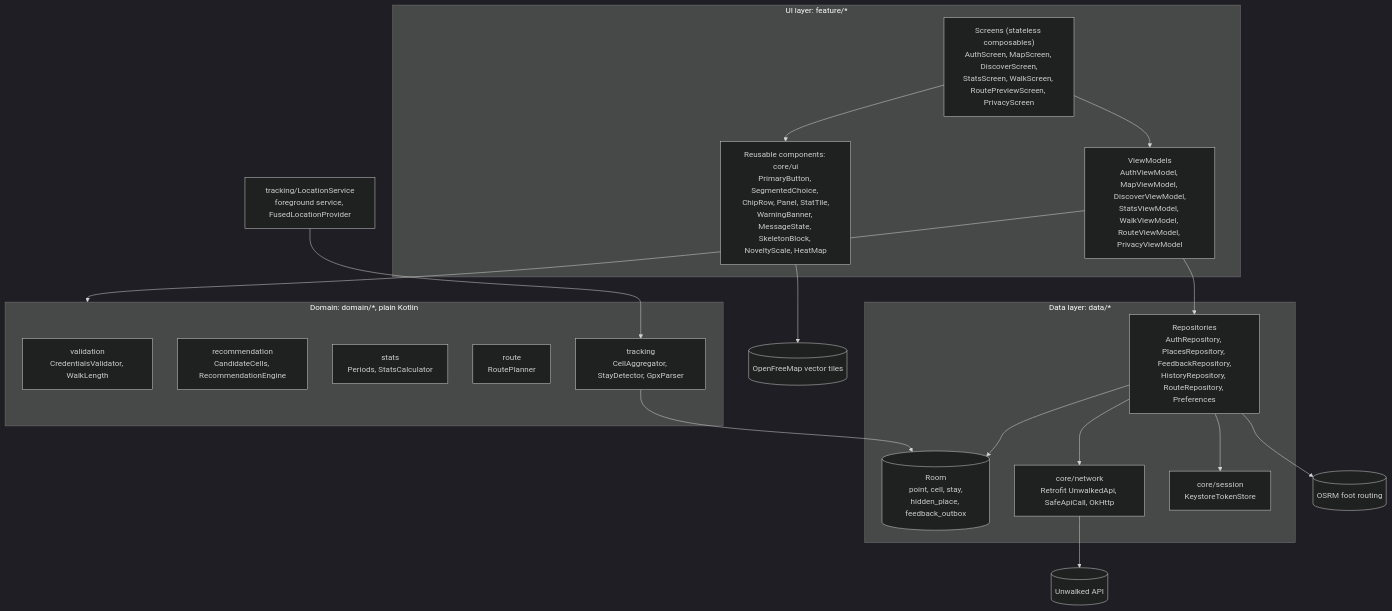
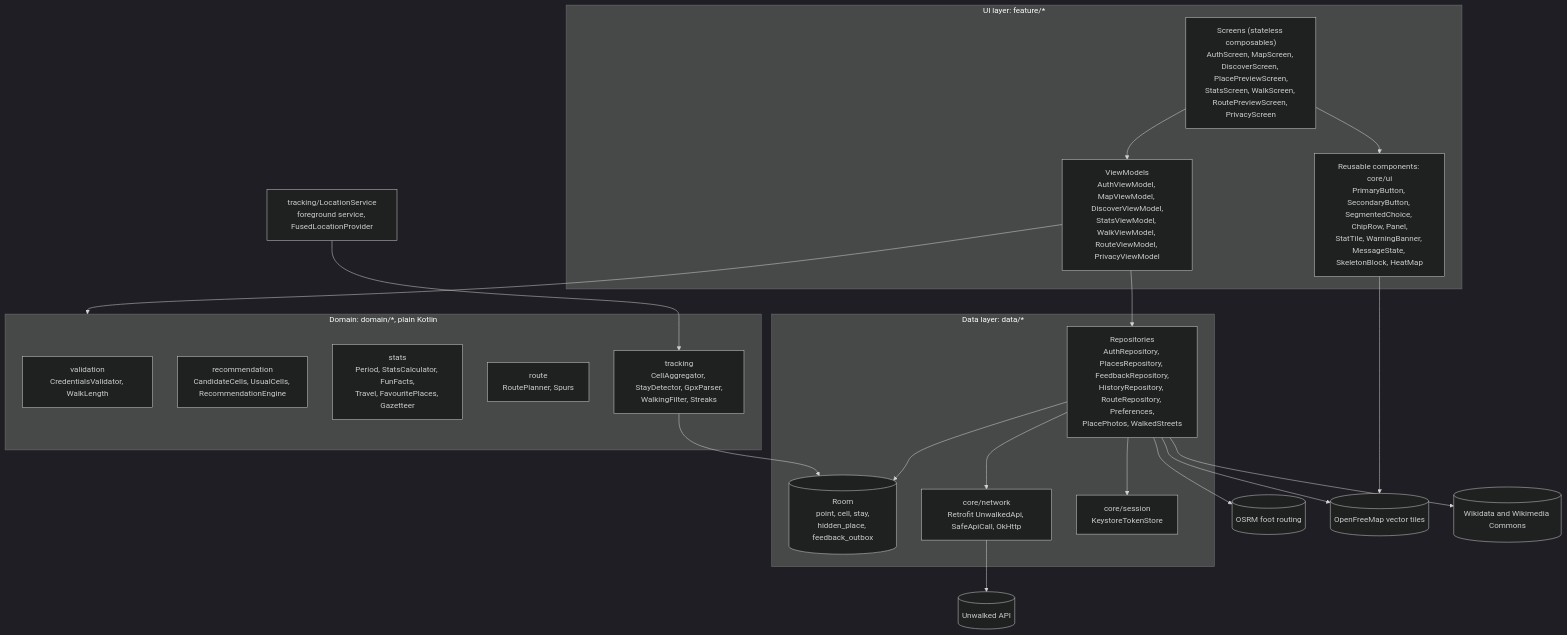
One commit to tuiiis/unwalked-android changed the diagram in docs/architecture.md. Above: the diagram before and after it, drawn with Mermaid (dark theme). The commit also changed other lines of this file and 3 other files, not shown here.

Commit message:
Update docs for place preview, stats and walked streets

````diff
--- a/docs/architecture.md
+++ b/docs/architecture.md
@@ -7,35 +7,38 @@
 ```mermaid
 flowchart TB
     subgraph ui["UI layer: feature/*"]
-        screens["Screens (stateless composables)<br/>AuthScreen, MapScreen, DiscoverScreen,<br/>StatsScreen, WalkScreen, RoutePreviewScreen, PrivacyScreen"]
+        screens["Screens (stateless composables)<br/>AuthScreen, MapScreen, DiscoverScreen, PlacePreviewScreen,<br/>StatsScreen, WalkScreen, RoutePreviewScreen, PrivacyScreen"]
         vms["ViewModels<br/>AuthViewModel, MapViewModel, DiscoverViewModel,<br/>StatsViewModel, WalkViewModel, RouteViewModel, PrivacyViewModel"]
-        components["Reusable components: core/ui<br/>PrimaryButton, SegmentedChoice, ChipRow, Panel, StatTile,<br/>WarningBanner, MessageState, SkeletonBlock, NoveltyScale, HeatMap"]
+        components["Reusable components: core/ui<br/>PrimaryButton, SecondaryButton, SegmentedChoice, ChipRow, Panel,<br/>StatTile, WarningBanner, MessageState, SkeletonBlock, HeatMap"]
     end
     subgraph domain["Domain: domain/*, plain Kotlin"]
         validation["validation<br/>CredentialsValidator, WalkLength"]
-        rec["recommendation<br/>CandidateCells, RecommendationEngine"]
-        stats["stats<br/>Periods, StatsCalculator"]
-        route["route<br/>RoutePlanner"]
-        tracking["tracking<br/>CellAggregator, StayDetector, GpxParser"]
+        rec["recommendation<br/>CandidateCells, UsualCells, RecommendationEngine"]
+        stats["stats<br/>Period, StatsCalculator, FunFacts,<br/>Travel, FavouritePlaces, Gazetteer"]
+        route["route<br/>RoutePlanner, Spurs"]
+        tracking["tracking<br/>CellAggregator, StayDetector, GpxParser,<br/>WalkingFilter, Streaks"]
     end
     subgraph data["Data layer: data/*"]
-        repos["Repositories<br/>AuthRepository, PlacesRepository, FeedbackRepository,<br/>HistoryRepository, RouteRepository, Preferences"]
+        repos["Repositories<br/>AuthRepository, PlacesRepository, FeedbackRepository,<br/>HistoryRepository, RouteRepository, Preferences,<br/>PlacePhotos, WalkedStreets"]
         room[("Room<br/>point, cell, stay,<br/>hidden_place, feedback_outbox")]
         net["core/network<br/>Retrofit UnwalkedApi, SafeApiCall, OkHttp"]
         session["core/session<br/>KeystoreTokenStore"]
     end
     service["tracking/LocationService<br/>foreground service, FusedLocationProvider"]
     api[("Unwalked API")]
     osrm[("OSRM foot routing")]
     tiles[("OpenFreeMap vector tiles")]
+    commons[("Wikidata and Wikimedia Commons")]
 
     screens --> vms --> repos
     vms --> domain
     screens --> components
     repos --> room
     repos --> net --> api
     repos --> session
     repos --> osrm
     components --> tiles
+    repos --> tiles
+    repos --> commons
     service --> tracking --> room
 ```
````
